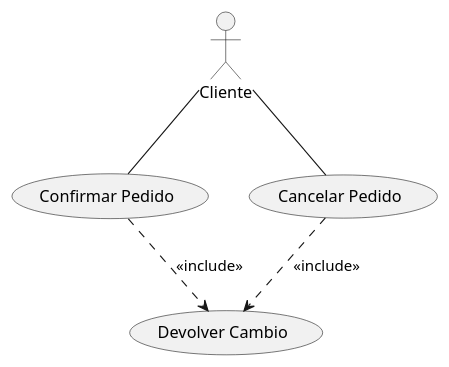
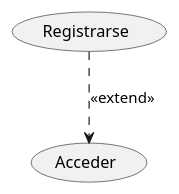
One commit to franmolinaadan/UML_1_Molina changed the diagram in src/Clases_De_Uso.puml. Above: the diagram before and after it, drawn with PlantUML.

Commit message:
Tercer ejemplo

```diff
--- a/src/Clases_De_Uso.puml
+++ b/src/Clases_De_Uso.puml
@@ -1,13 +1,8 @@
 @startuml
 
-actor "Cliente" as cl
 
-"Confirmar Pedido" as (Confirmar)
-"Cancelar Pedido" as (Cancelar)
-"Devolver Cambio" as (Devolver)
+"Acceder" as (Ac)
+"Registrarse" as (Rg)
 
-cl -- Confirmar
-cl -- Cancelar
-Confirmar ..> Devolver:<<include>>
-Cancelar ..> Devolver:<<include>>
+Rg ..> Ac:<<extend>>
 @enduml
```
